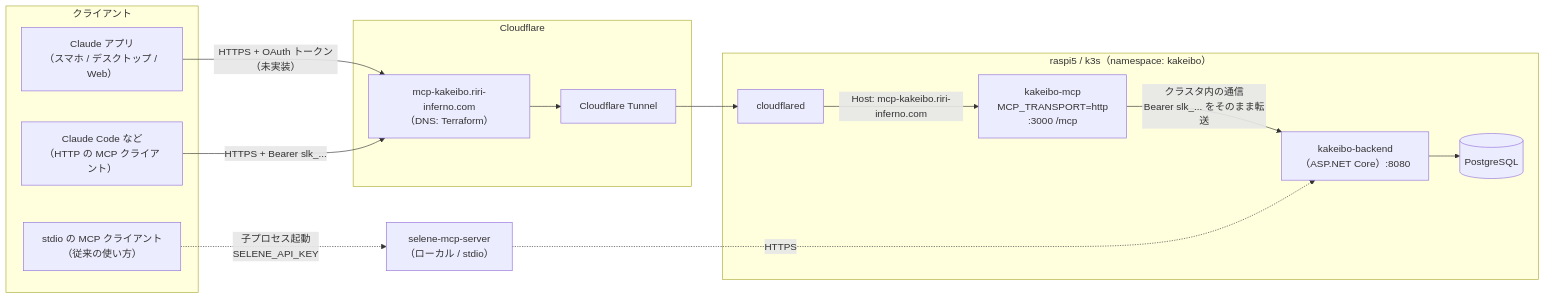
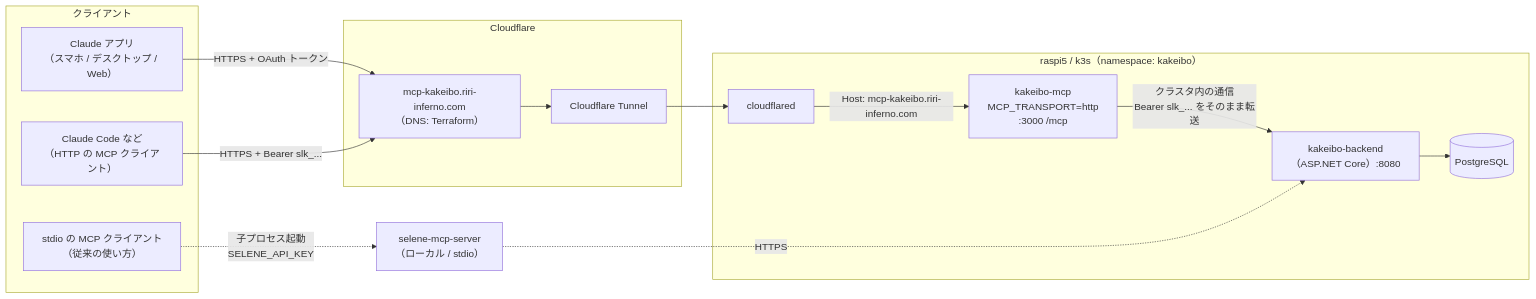
Before and after one commit to Riri-Inferno/selene-mcp-server: the first of 4 diagrams in docs/architecture.md, drawn with Mermaid. The commit also changed other lines of this file and 6 other files, not shown here.

````diff
--- a/docs/architecture.md
+++ b/docs/architecture.md
@@ -14,29 +14,29 @@
 ```mermaid
 flowchart LR
   subgraph Client["クライアント"]
     CA["Claude アプリ<br/>（スマホ / デスクトップ / Web）"]
     CC["Claude Code など<br/>（HTTP の MCP クライアント）"]
     CS["stdio の MCP クライアント<br/>（従来の使い方）"]
   end
 
   subgraph CF["Cloudflare"]
     DNS["mcp-kakeibo.riri-inferno.com<br/>（DNS: Terraform）"]
     Tunnel["Cloudflare Tunnel"]
   end
 
   subgraph K3s["raspi5 / k3s（namespace: kakeibo）"]
     CFD["cloudflared"]
     MCP["kakeibo-mcp<br/>MCP_TRANSPORT=http<br/>:3000 /mcp"]
     BE["kakeibo-backend<br/>（ASP.NET Core）:8080"]
     DB[("PostgreSQL")]
   end
 
-  CA -- "HTTPS + OAuth トークン（未実装）" --> DNS
+  CA -- "HTTPS + OAuth トークン" --> DNS
   CC -- "HTTPS + Bearer slk_..." --> DNS
   DNS --> Tunnel --> CFD
   CFD -- "Host: mcp-kakeibo.riri-inferno.com" --> MCP
   MCP -- "クラスタ内の通信<br/>Bearer slk_... をそのまま転送" --> BE
   BE --> DB
   CS -. "子プロセス起動<br/>SELENE_API_KEY" .-> LocalMCP["selene-mcp-server<br/>（ローカル / stdio）"]
   LocalMCP -. "HTTPS" .-> BE
 ```
````
